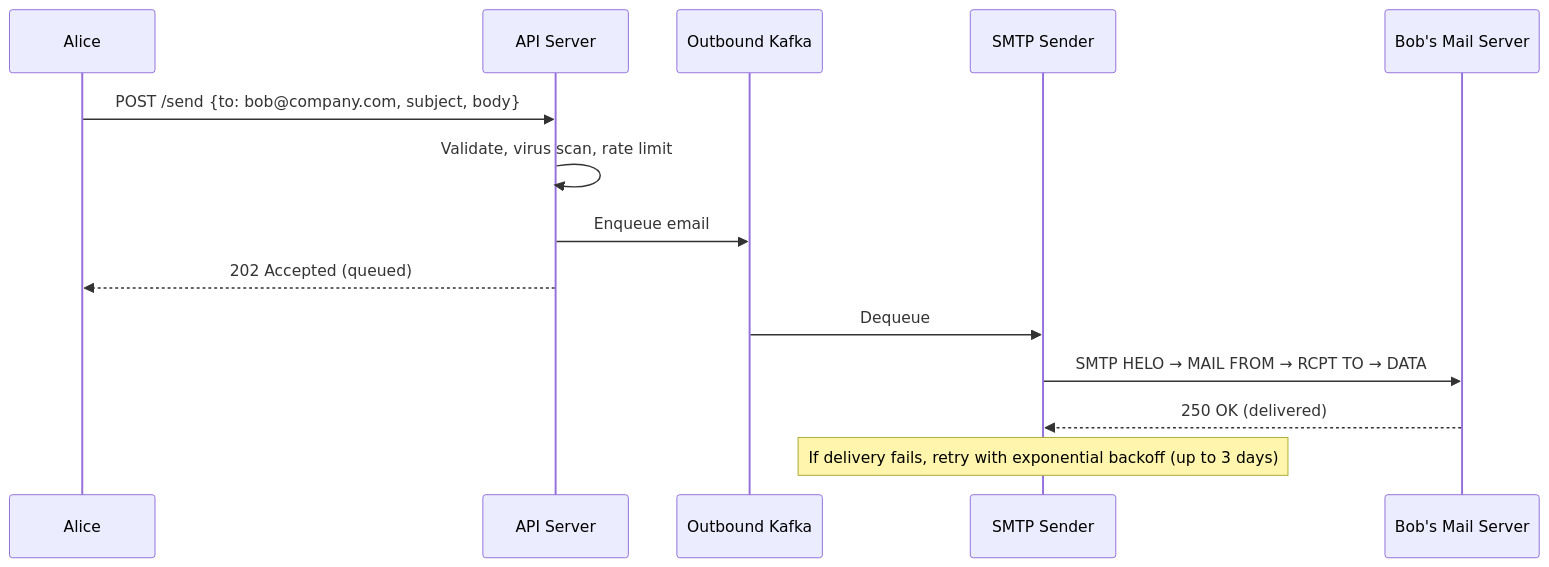
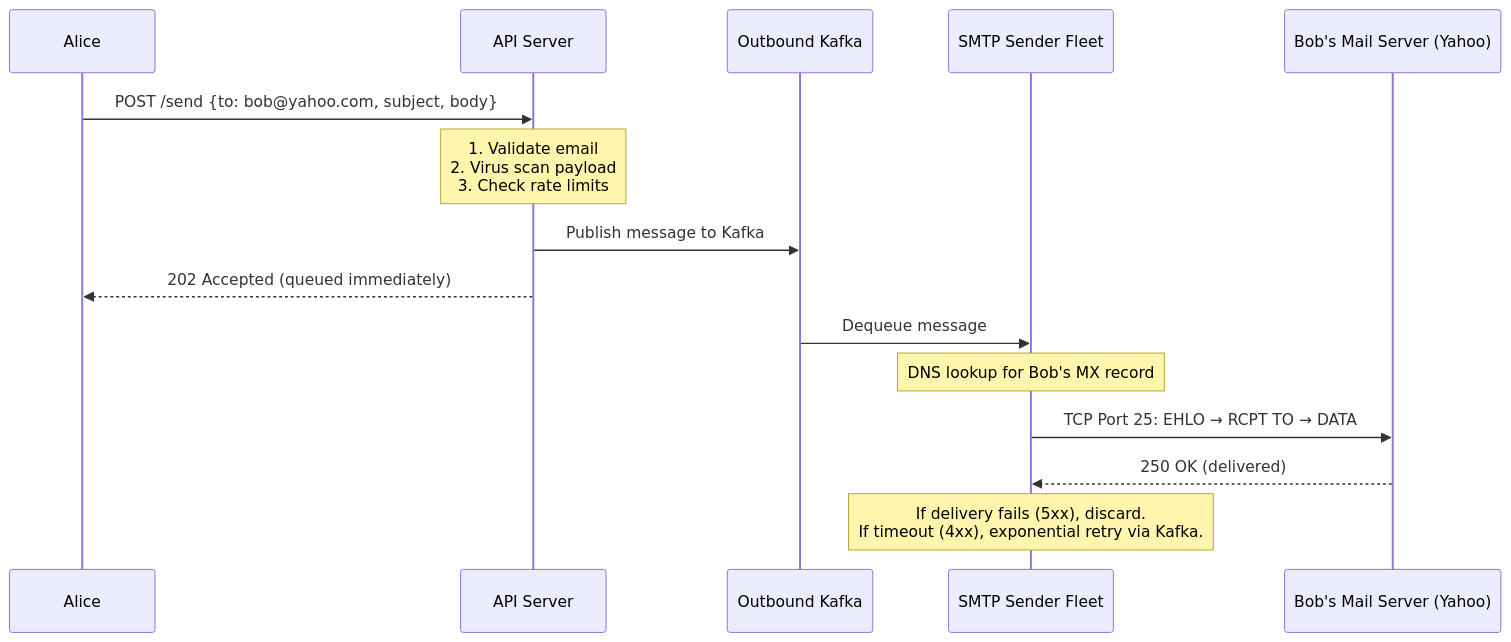
Before and after one commit to Gbirla06/systemDesign: the first of 2 diagrams in HLD_Vol2/chapter_8/design_a_distributed_email_service.md, drawn with Mermaid. The commit also changed other lines of this file and 7 other files, not shown here.

````diff
--- a/HLD_Vol2/chapter_8/design_a_distributed_email_service.md
+++ b/HLD_Vol2/chapter_8/design_a_distributed_email_service.md
@@ -146,19 +116,23 @@
 ```mermaid
 sequenceDiagram
     participant Alice
     participant API as API Server
-    participant Queue as Outbound Kafka
-    participant SMTP as SMTP Sender
-    participant ExtMail as Bob's Mail Server
+    participant OutQueue as Outbound Kafka
+    participant Senders as SMTP Sender Fleet
+    participant ExtMail as Bob's Mail Server (Yahoo)
 
-    Alice->>API: POST /send {to: bob@company.com, subject, body}
-    API->>API: Validate, virus scan, rate limit
-    API->>Queue: Enqueue email
-    API-->>Alice: 202 Accepted (queued)
+    Alice->>API: POST /send {to: bob@yahoo.com, subject, body}
     
-    Queue->>SMTP: Dequeue
-    SMTP->>ExtMail: SMTP HELO → MAIL FROM → RCPT TO → DATA
-    ExtMail-->>SMTP: 250 OK (delivered)
+    Note over API: 1. Validate email<br/>2. Virus scan payload<br/>3. Check rate limits
     
-    Note over SMTP: If delivery fails, retry with exponential backoff (up to 3 days)
+    API->>OutQueue: Publish message to Kafka
+    API-->>Alice: 202 Accepted (queued immediately)
+    
+    OutQueue->>Senders: Dequeue message
+    
+    Note over Senders: DNS lookup for Bob's MX record
+    Senders->>ExtMail: TCP Port 25: EHLO → RCPT TO → DATA
+    ExtMail-->>Senders: 250 OK (delivered)
+    
+    Note over Senders: If delivery fails (5xx), discard.<br/>If timeout (4xx), exponential retry via Kafka.
 ```
````
